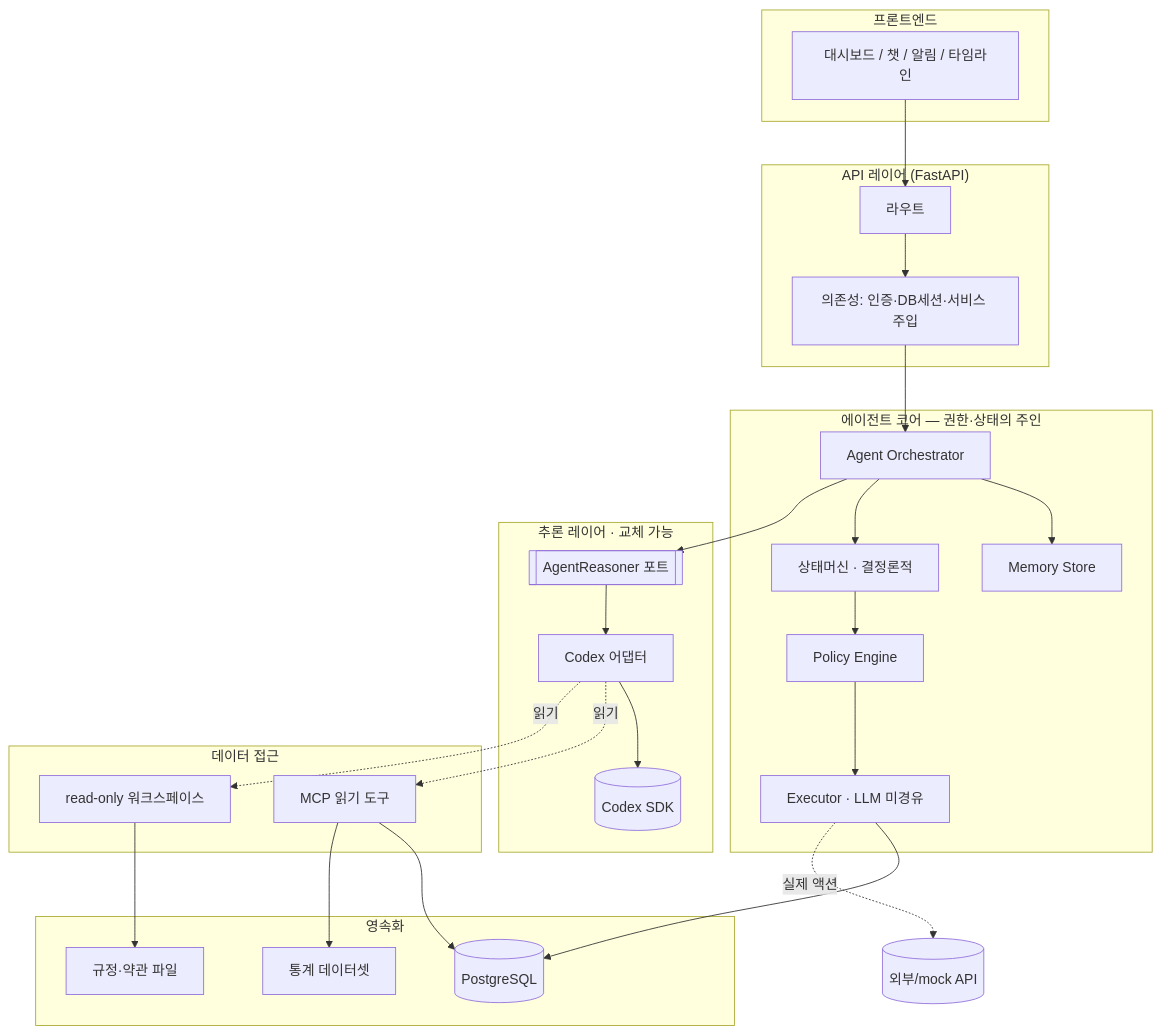
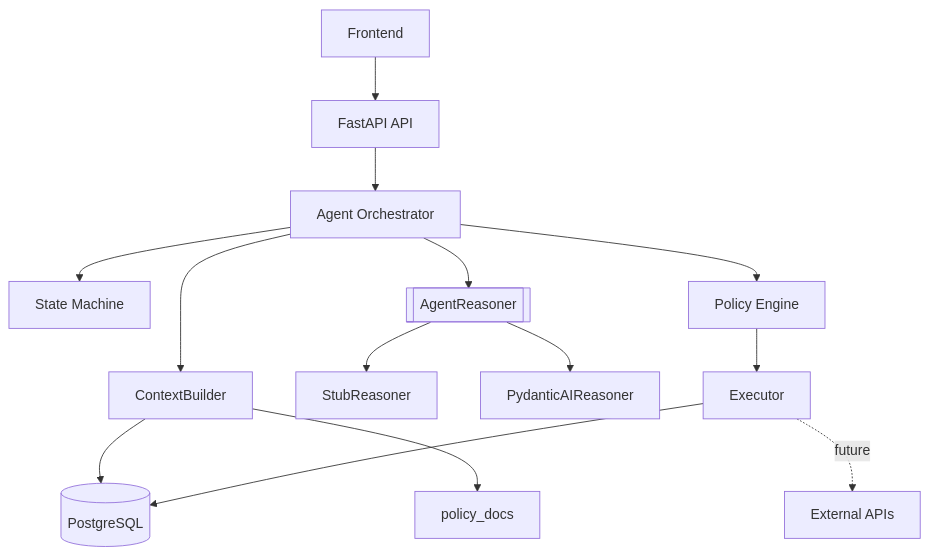
The diagram in docs/02_SYSTEM_ARCHITECTURE.md (YoonMin02/JB-WM-backend), drawn with Mermaid before and after one commit. The commit also changed other lines of this file and 52 other files, not shown here.

````diff
--- a/docs/02_SYSTEM_ARCHITECTURE.md
+++ b/docs/02_SYSTEM_ARCHITECTURE.md
@@ -9,49 +7,16 @@
 ```mermaid
 flowchart TB
-    subgraph Client["프론트엔드"]
-        UI[대시보드 / 챗 / 알림 / 타임라인]
-    end
-
-    subgraph API["API 레이어 (FastAPI)"]
-        R[라우트]
-        DEP[의존성: 인증·DB세션·서비스 주입]
-    end
-
-    subgraph Core["에이전트 코어 — 권한·상태의 주인"]
-        ORCH[Agent Orchestrator]
-        FSM[상태머신 · 결정론적]
-        POLICY[Policy Engine]
-        EXEC[Executor · LLM 미경유]
-        MEM[Memory Store]
-    end
-
-    subgraph Reason["추론 레이어 · 교체 가능"]
-        PORT[[AgentReasoner 포트]]
-        ADP[Codex 어댑터]
-        SDK[(Codex SDK)]
-    end
-
-    subgraph DataAccess["데이터 접근"]
-        MCP[MCP 읽기 도구]
-        WS[read-only 워크스페이스]
-    end
-
-    subgraph Store["영속화"]
-        DB[(PostgreSQL)]
-        FILES[규정·약관 파일]
-        STAT[통계 데이터셋]
-    end
-
-    UI --> R --> DEP --> ORCH
-    ORCH --> MEM
-    ORCH --> FSM
-    FSM --> POLICY --> EXEC
-    ORCH --> PORT --> ADP --> SDK
-    ADP -.읽기.-> MCP
-    ADP -.읽기.-> WS
-    MCP --> DB
-    MCP --> STAT
-    WS --> FILES
+    FE[Frontend] --> API[FastAPI API]
+    API --> ORCH[Agent Orchestrator]
+    ORCH --> FSM[State Machine]
+    ORCH --> CTX[ContextBuilder]
+    CTX --> DB[(PostgreSQL)]
+    CTX --> PDOC[policy_docs]
+    ORCH --> REASONER[[AgentReasoner]]
+    REASONER --> STUB[StubReasoner]
+    REASONER --> PAI[PydanticAIReasoner]
+    ORCH --> POLICY[Policy Engine]
+    POLICY --> EXEC[Executor]
     EXEC --> DB
-    EXEC -.실제 액션.-> EXT[(외부/mock API)]
+    EXEC -. future .-> EXT[External APIs]
 ```
````
